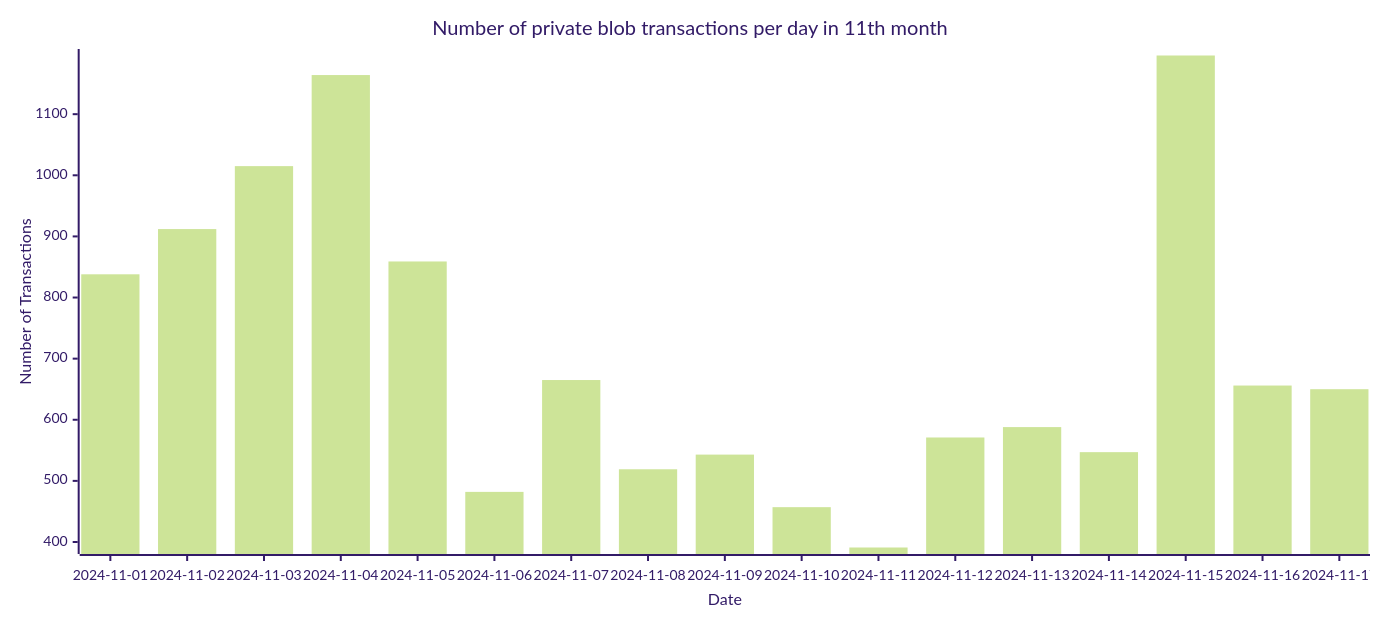
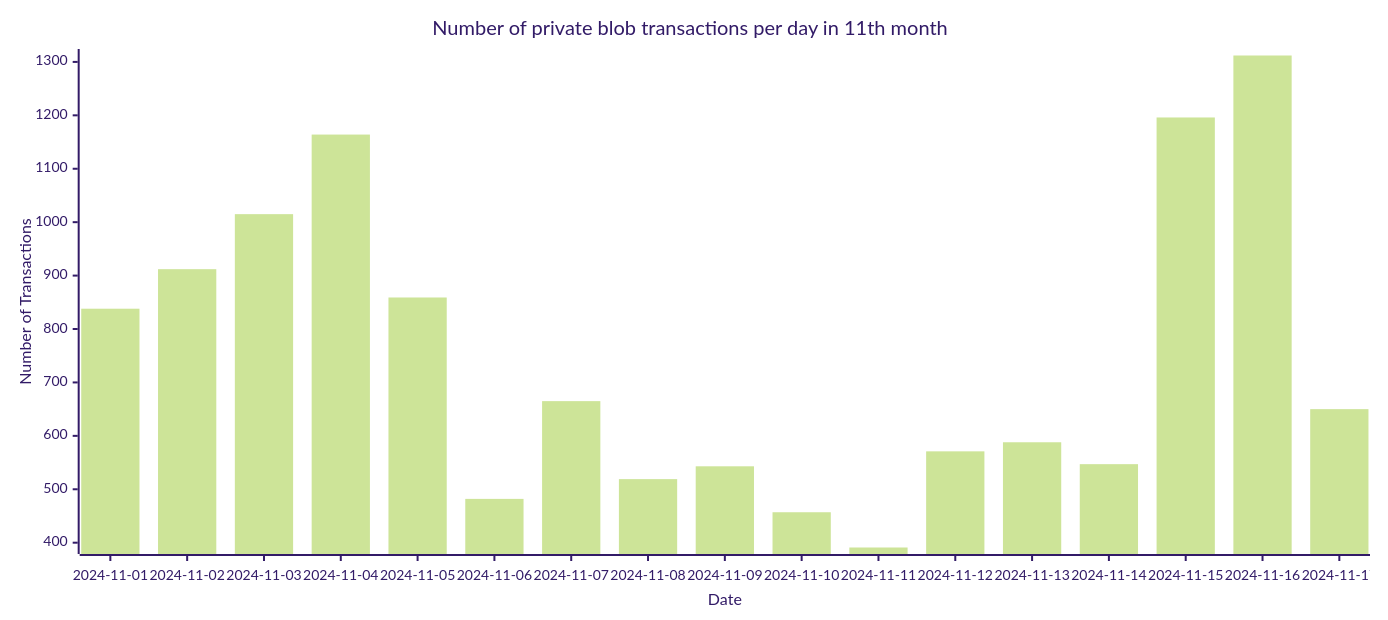
One commit to Amit0617/eip4844-data changed the ninth of 9 diagrams in README.md. Above: the diagram before and after it, drawn with Mermaid (forest theme). The commit also changed 1 other file, not shown here.

````diff
--- a/README.md
+++ b/README.md
@@ -105,12 +105,12 @@
 ```mermaid
 ---
 config:
     xyChart:
         width: 1360
         height: 600
 ---
 xychart-beta title "Number of private blob transactions per day in 11th month"
 x-axis "Date" [2024-11-01,2024-11-02,2024-11-03,2024-11-04,2024-11-05,2024-11-06,2024-11-07,2024-11-08,2024-11-09,2024-11-10,2024-11-11,2024-11-12,2024-11-13,2024-11-14,2024-11-15,2024-11-16,2024-11-17]
 y-axis "Number of Transactions"
-bar[838,912,1015,1164,859,482,665,519,543,457,391,571,588,547,1196,656,650]
+bar[838,912,1015,1164,859,482,665,519,543,457,391,571,588,547,1196,1312,650]
 ```
````
